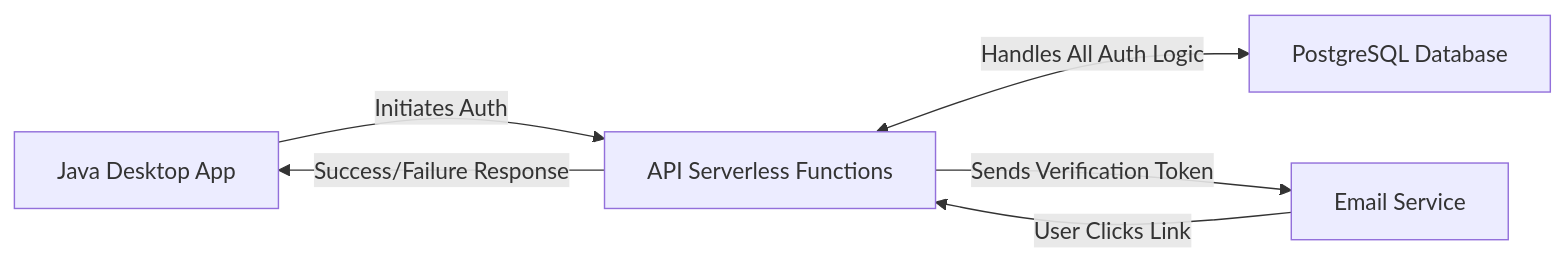
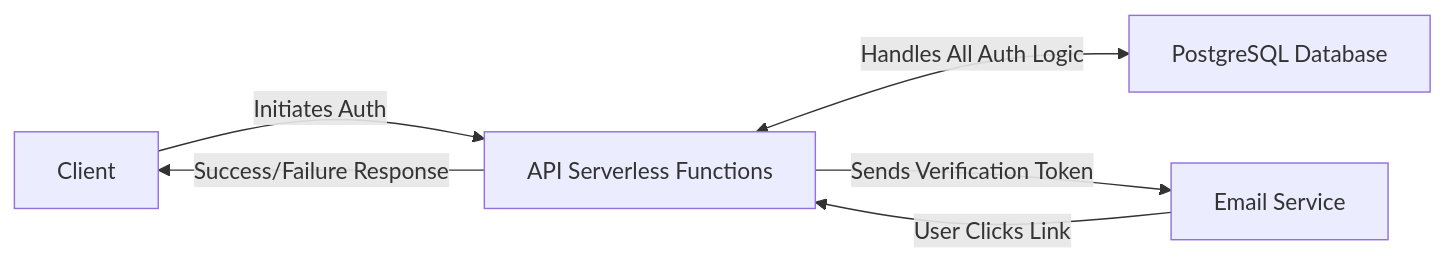
The diagram in README.md (Santiago01011/TDL_auth_api), drawn with Mermaid before and after one commit.

````diff
--- a/README.md
+++ b/README.md
@@ -51,8 +51,8 @@
 ```mermaid
 graph LR;
-    A["Java Desktop App"]-->|"Initiates Auth"| B["API Serverless Functions"]
+    A["Client"]-->|"Initiates Auth"| B["API Serverless Functions"]
     B<-->|"Handles All Auth Logic"| C["PostgreSQL Database"]
     B-->|"Sends Verification Token"| D["Email Service"]
     D-->|"User Clicks Link"| B
     B-->|"Success/Failure Response"| A
 ```
````
